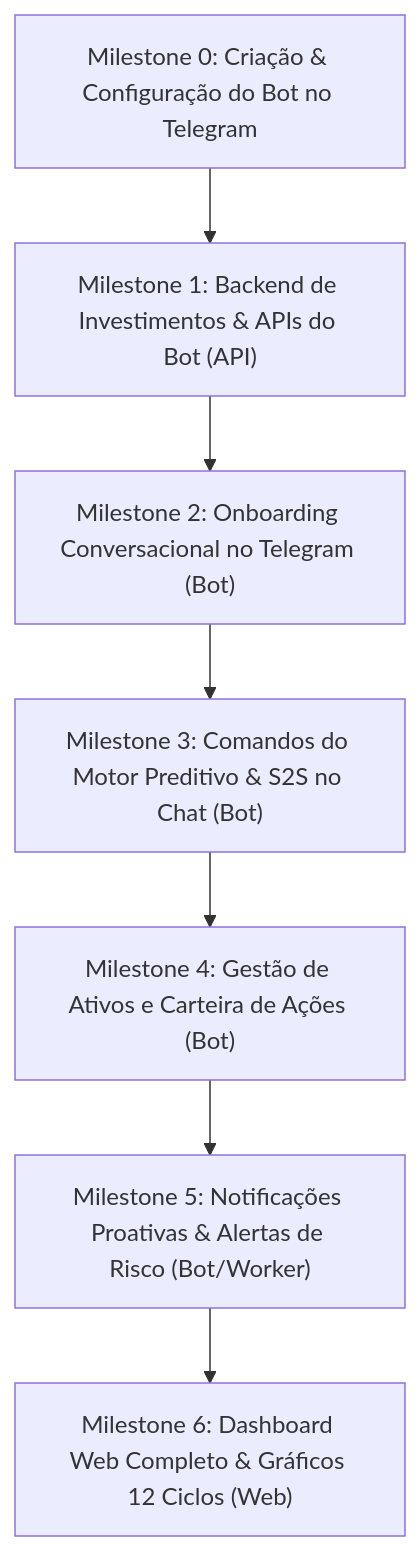
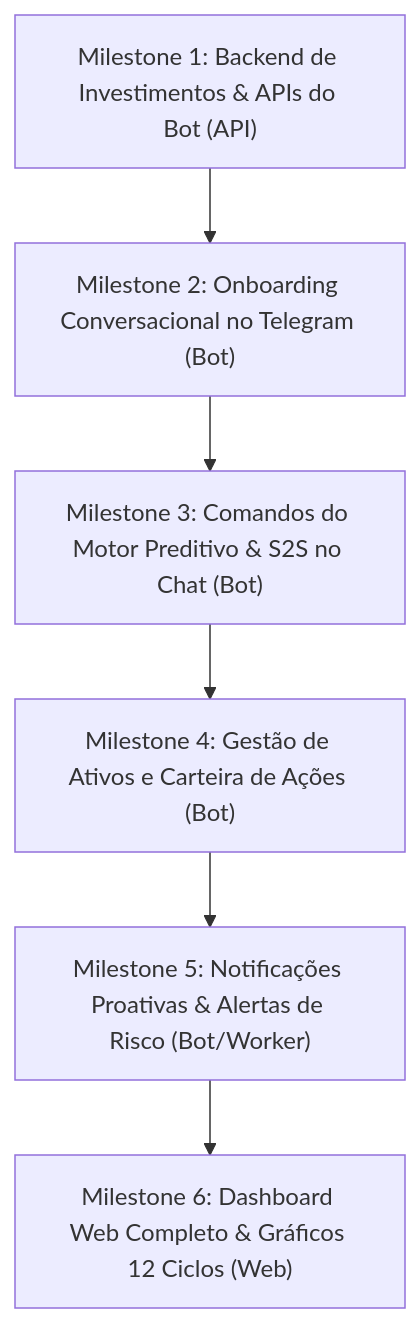
Before and after one commit to marcos-vinicius14/meu-dinheiro: the diagram in docs/roadmap.md, drawn with Mermaid. The commit also changed other lines of this file and 7 other files, not shown here.

````diff
--- a/docs/roadmap.md
+++ b/docs/roadmap.md
@@ -11,9 +11,8 @@
 ```mermaid
 graph TD
-    M0["Milestone 0: Criação & Configuração do Bot no Telegram"] --> M1["Milestone 1: Backend de Investimentos & APIs do Bot (API)"]
-    M1 --> M2["Milestone 2: Onboarding Conversacional no Telegram (Bot)"]
+    M1["Milestone 1: Backend de Investimentos & APIs do Bot (API)"] --> M2["Milestone 2: Onboarding Conversacional no Telegram (Bot)"]
     M2 --> M3["Milestone 3: Comandos do Motor Preditivo & S2S no Chat (Bot)"]
     M3 --> M4["Milestone 4: Gestão de Ativos e Carteira de Ações (Bot)"]
     M4 --> M5["Milestone 5: Notificações Proativas & Alertas de Risco (Bot/Worker)"]
     M5 --> M6["Milestone 6: Dashboard Web Completo & Gráficos 12 Ciclos (Web)"]
 ```
````
